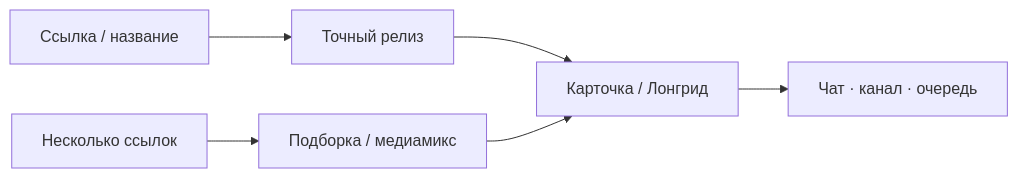
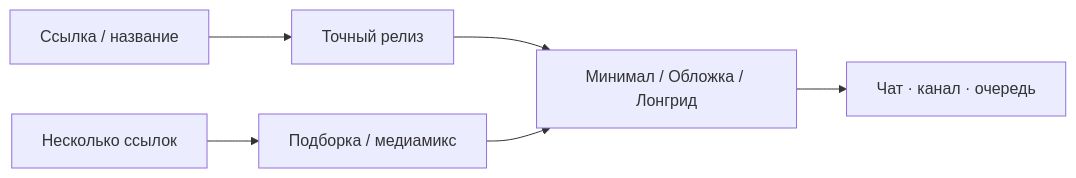
The diagram in README.ru.md (StonerHand/stonerhand-soundlinks-bot), drawn with Mermaid before and after one commit. The commit also changed other lines of this file and 30 other files, not shown here.

````diff
--- a/README.ru.md
+++ b/README.ru.md
@@ -51,8 +56,8 @@
 ```mermaid
 flowchart LR
     A["Ссылка / название"] --> B["Точный релиз"]
     A2["Несколько ссылок"] --> C["Подборка / медиамикс"]
-    B --> D["Карточка / Лонгрид"]
+    B --> D["Минимал / Обложка / Лонгрид"]
     C --> D
     D --> E["Чат · канал · очередь"]
 ```
````
